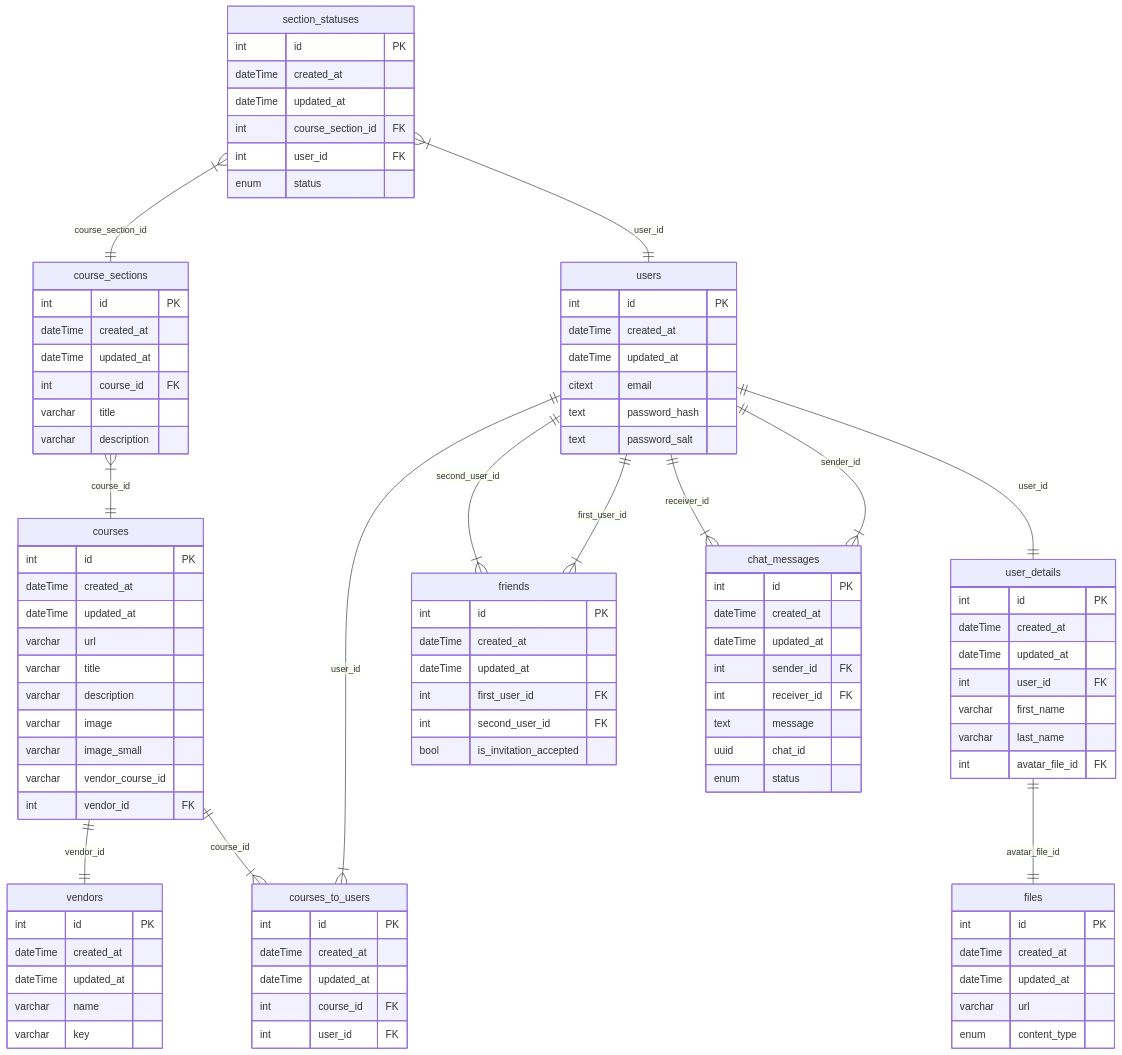
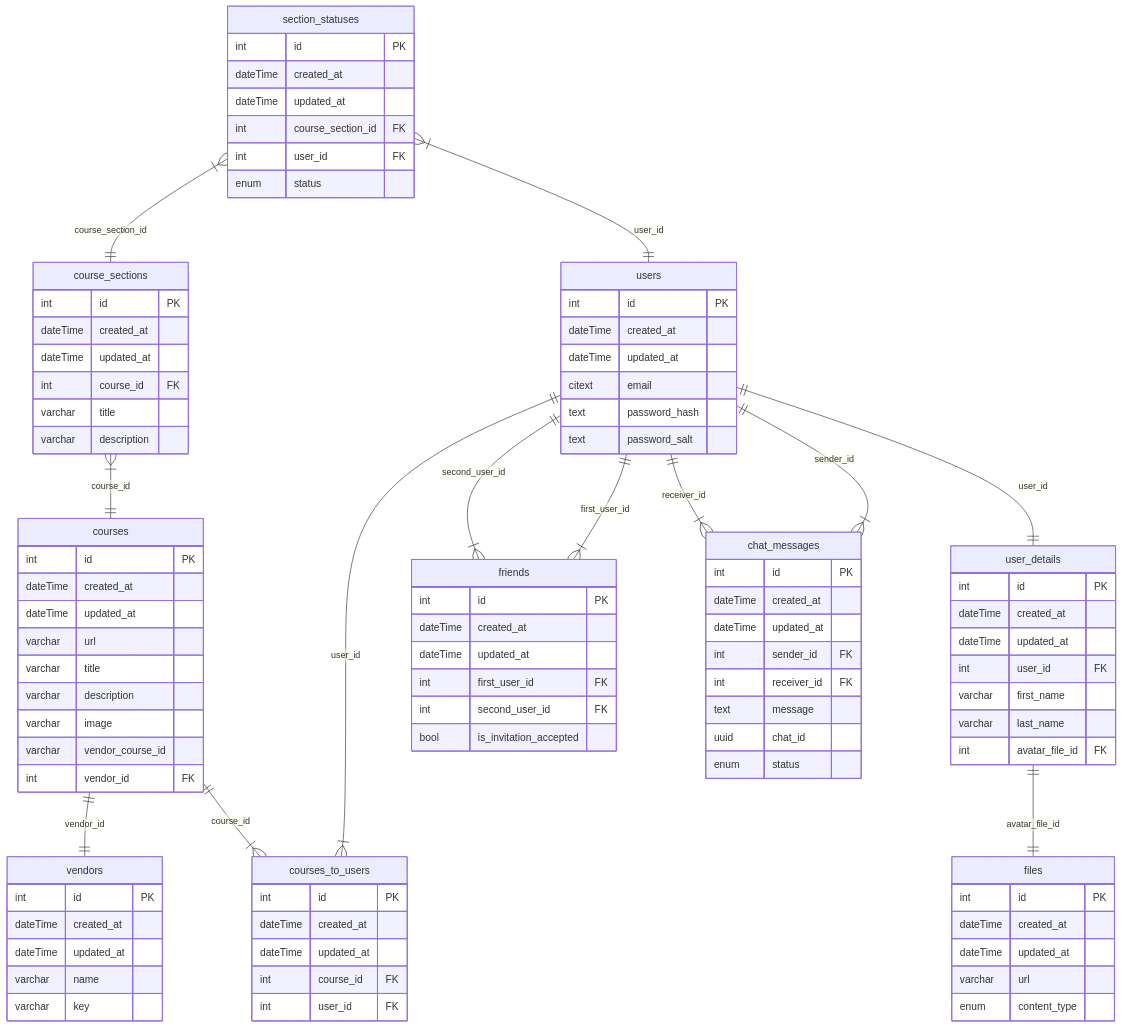
Before and after one commit to BinaryStudioAcademy/bsa-winter-2023-2024-trackmates: the diagram in readme.md, drawn with Mermaid. The commit also changed 6 other files, not shown here.

```diff
--- a/readme.md
+++ b/readme.md
@@ -52,7 +52,6 @@
     varchar title
     varchar description
     varchar image
-    varchar image_small
     varchar vendor_course_id
     int vendor_id FK
    }
```
